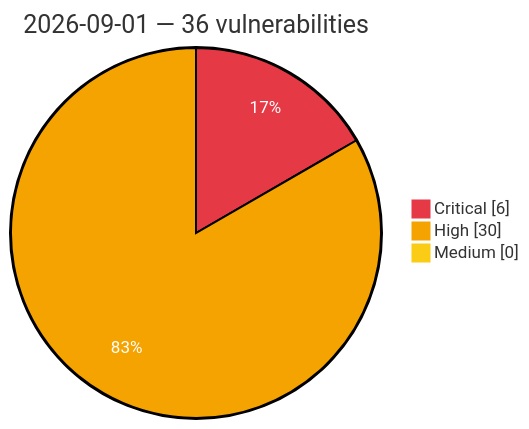
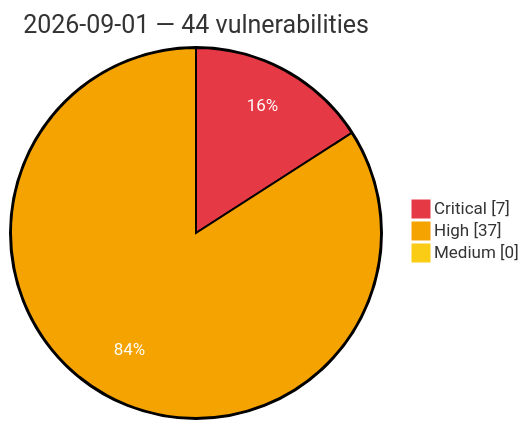
The diagram in vulnerabilities/2026/September/2026-09-01.md (GhostX0X/vuln-tracker), drawn with Mermaid before and after one commit. The commit also changed other lines of this file and 5 other files, not shown here.

Commit message:
Auto update: critical/high vulns (2026-09-01 19:36 UTC)

````diff
--- a/vulnerabilities/2026/September/2026-09-01.md
+++ b/vulnerabilities/2026/September/2026-09-01.md
@@ -3,8 +3,8 @@
 ```mermaid
 %%{init: {'theme':'base', 'themeVariables': {'pie1':'#e63946', 'pie2':'#f4a300', 'pie3':'#facc15', 'pieOpacity':'1', 'pieOuterStrokeWidth':'2px', 'pieSectionTextColor':'#ffffff'}}}%%
 pie showData
-    title 2026-09-01 — 36 vulnerabilities
-    "Critical" : 6
-    "High" : 30
+    title 2026-09-01 — 44 vulnerabilities
+    "Critical" : 7
+    "High" : 37
     "Medium" : 0
 ```
````
